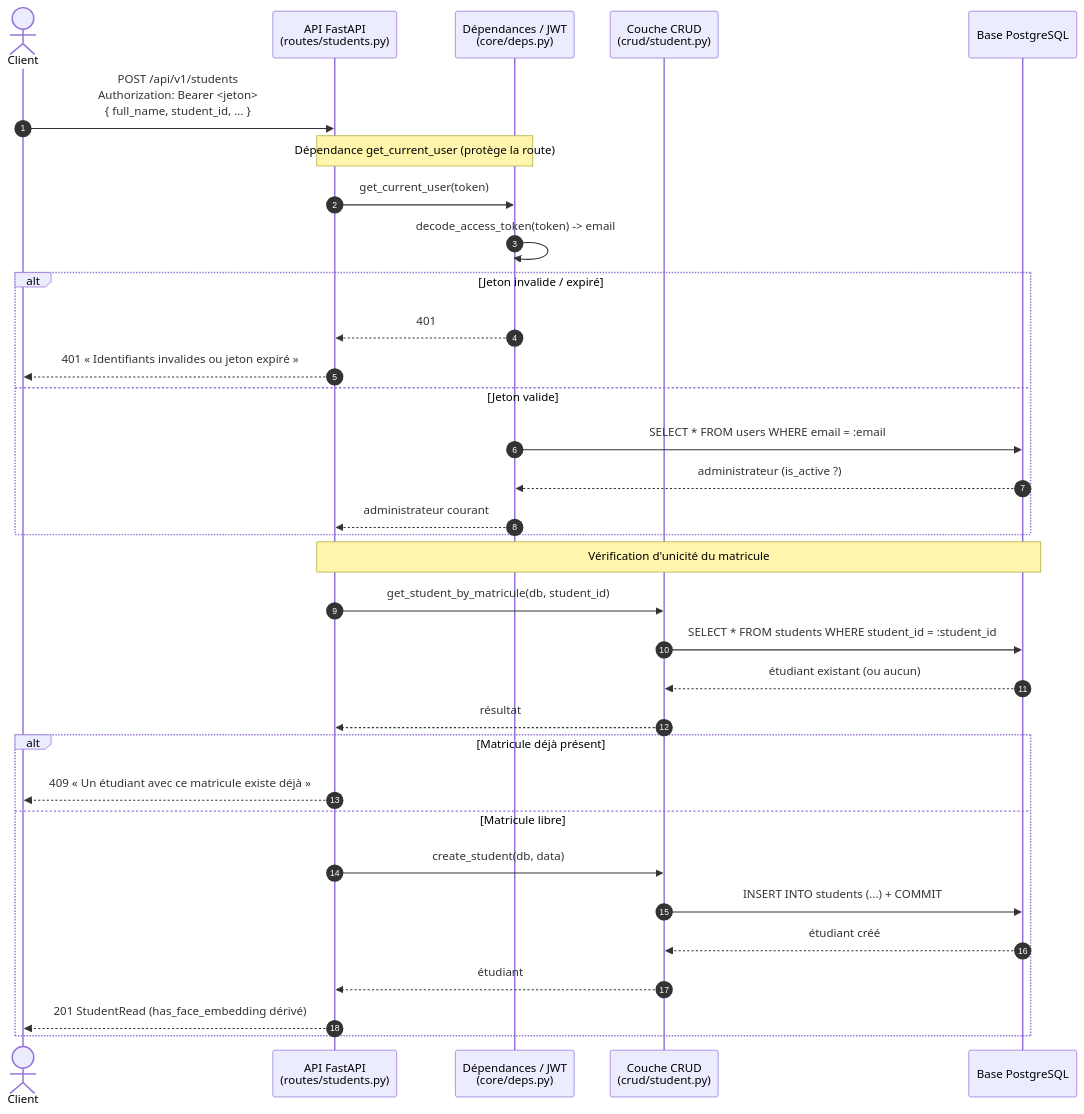
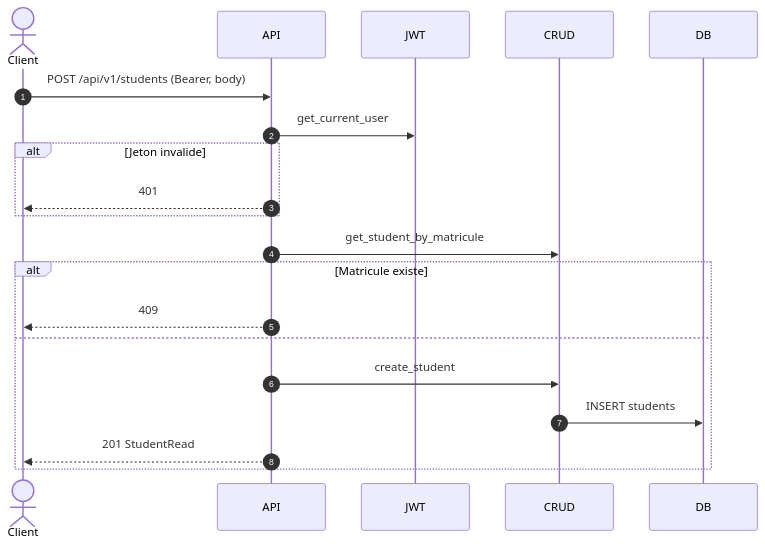
One commit to Ammar-El-Maghevry/pi-s4 changed the second of 10 diagrams in docs/diagrams/diagrammes_sequence.md. Above: the diagram before and after it, drawn with Mermaid. The commit also changed other lines of this file and 1 other file, not shown here.

Commit message:
Simplify sequence diagrams + add Arabic description

````diff
--- a/docs/diagrams/diagrammes_sequence.md
+++ b/docs/diagrams/diagrammes_sequence.md
@@ -47,39 +27,23 @@
 ```mermaid
 sequenceDiagram
     autonumber
     actor Client
-    participant API as API FastAPI<br/>(routes/students.py)
-    participant JWT as Dépendances / JWT<br/>(core/deps.py)
-    participant CRUD as Couche CRUD<br/>(crud/student.py)
-    participant DB as Base PostgreSQL
+    participant API as API
+    participant JWT as JWT
+    participant CRUD as CRUD
+    participant DB as DB
 
-    Client->>API: POST /api/v1/students<br/>Authorization: Bearer <jeton><br/>{ full_name, student_id, ... }
-
-    Note over API,JWT: Dépendance get_current_user (protège la route)
-    API->>JWT: get_current_user(token)
-    JWT->>JWT: decode_access_token(token) -> email
-    alt Jeton invalide / expiré
-        JWT-->>API: 401
-        API-->>Client: 401 « Identifiants invalides ou jeton expiré »
-    else Jeton valide
-        JWT->>DB: SELECT * FROM users WHERE email = :email
-        DB-->>JWT: administrateur (is_active ?)
-        JWT-->>API: administrateur courant
+    Client->>API: POST /api/v1/students (Bearer, body)
+    API->>JWT: get_current_user
+    alt Jeton invalide
+        API-->>Client: 401
     end
-
-    Note over API,DB: Vérification d'unicité du matricule
-    API->>CRUD: get_student_by_matricule(db, student_id)
-    CRUD->>DB: SELECT * FROM students WHERE student_id = :student_id
-    DB-->>CRUD: étudiant existant (ou aucun)
-    CRUD-->>API: résultat
-
-    alt Matricule déjà présent
-        API-->>Client: 409 « Un étudiant avec ce matricule existe déjà »
-    else Matricule libre
-        API->>CRUD: create_student(db, data)
-        CRUD->>DB: INSERT INTO students (...) + COMMIT
-        DB-->>CRUD: étudiant créé
-        CRUD-->>API: étudiant
-        API-->>Client: 201 StudentRead (has_face_embedding dérivé)
+    API->>CRUD: get_student_by_matricule
+    alt Matricule existe
+        API-->>Client: 409
+    else
+        API->>CRUD: create_student
+        CRUD->>DB: INSERT students
+        API-->>Client: 201 StudentRead
     end
 ```
````
